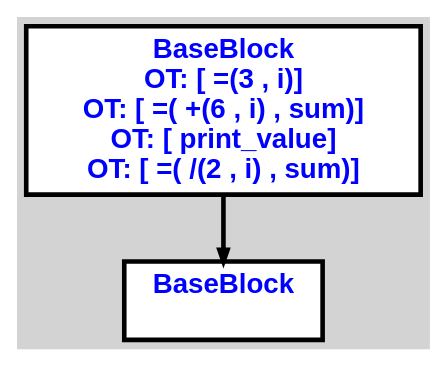
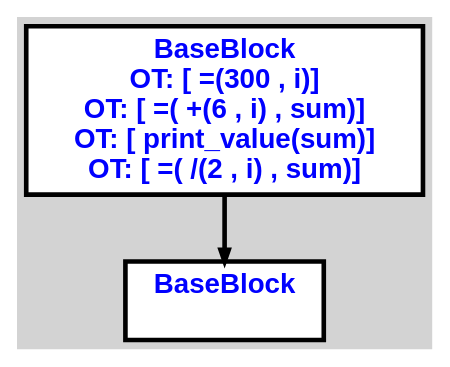
The diagram in cpoCompilerWin/input2.txt.calculator.dot (aveen007/CountingMonkeys), drawn with Graphviz before and after one commit. The commit also changed 18 other files, not shown here.

```diff
--- a/cpoCompilerWin/input2.txt.calculator.dot
+++ b/cpoCompilerWin/input2.txt.calculator.dot
@@ -1,14 +1,14 @@
 digraph G {
 ordering=out;
 ranksep=.4;
 bgcolor="lightgrey";  node [shape=box, fixedsize=false, fontsize=12, fontname="Helvetica-bold", fontcolor="blue"
 width=.25, height=.25, color="black", fillcolor="white", style="filled, solid, bold"];
 
-edge [arrowsize=.5, color="black", style="bold"]    n0000126738C21520 [label="BaseBlock\n OT: [ =(3 , i)]
+edge [arrowsize=.5, color="black", style="bold"]    n00001248E52A1580 [label="BaseBlock\n OT: [ =(300 , i)]
 OT: [ =( +(6 , i) , sum)]
-OT: [ print_value]
+OT: [ print_value(sum)]
 OT: [ =( /(2 , i) , sum)]
 "]
-    n0000126738C21580 [label="BaseBlock\n "]
-    n0000126738C21520 -> n0000126738C21580
+    n00001248E52A15E0 [label="BaseBlock\n "]
+    n00001248E52A1580 -> n00001248E52A15E0
 }
```
